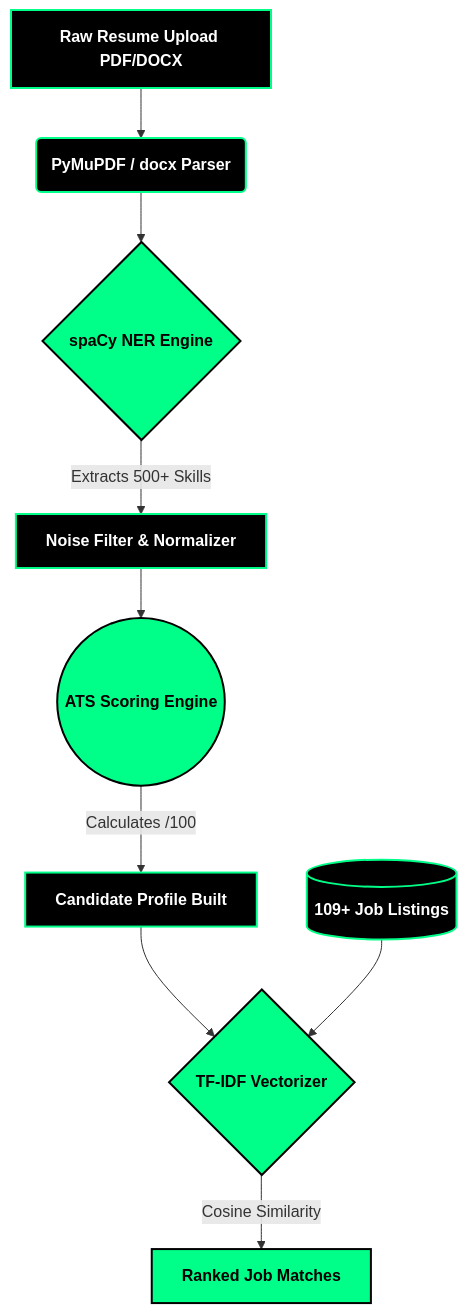
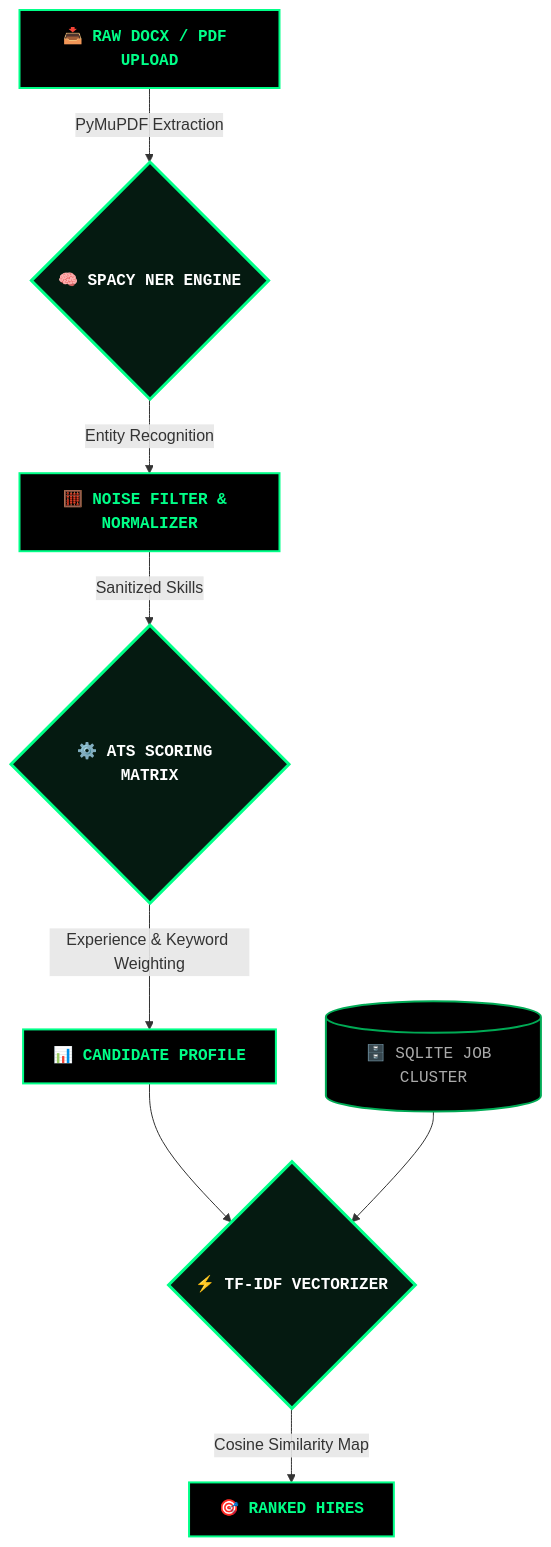
Before and after one commit to hetvi-prajapati/HireAI_Website: the diagram in README.md, drawn with Mermaid. The commit also changed other lines of this file, not shown here.

Commit message:
docs: max out BEAST MODE with cyberpunk aesthetics and ASCII art

````diff
--- a/README.md
+++ b/README.md
@@ -37,15 +52,18 @@
 ```mermaid
 graph TD
-    classDef black fill:#000000,stroke:#00FF88,stroke-width:2px,color:#FFFFFF,font-weight:bold;
-    classDef green fill:#00FF88,stroke:#000000,stroke-width:2px,color:#000000,font-weight:bold;
+    %% BEAST MODE MERMAID STYLING
+    classDef terminal fill:#000000,stroke:#00FF88,stroke-width:2px,color:#00FF88,font-family:monospace,font-weight:bold;
+    classDef core fill:#051a11,stroke:#00FF88,stroke-width:3px,color:#FFFFFF,font-family:monospace,font-weight:bold;
+    classDef db fill:#000000,stroke:#00AA55,stroke-width:2px,color:#AAAAAA,font-family:monospace;
+
+    A[📥 RAW DOCX / PDF UPLOAD]:::terminal -->|PyMuPDF Extraction| B{🧠 SPACY NER ENGINE}:::core
+    B -->|Entity Recognition| C[🧮 NOISE FILTER & NORMALIZER]:::terminal
+    C -->|Sanitized Skills| D{⚙️ ATS SCORING MATRIX}:::core
     
-    A[Raw Resume Upload PDF/DOCX]:::black --> B(PyMuPDF / docx Parser):::black
-    B --> C{spaCy NER Engine}:::green
-    C -->|Extracts 500+ Skills| D[Noise Filter & Normalizer]:::black
-    D --> E((ATS Scoring Engine)):::green
-    E -->|Calculates /100| F[Candidate Profile Built]:::black
+    D -->|Experience & Keyword Weighting| E[📊 CANDIDATE PROFILE]:::terminal
     
-    F --> G{TF-IDF Vectorizer}:::green
-    H[(109+ Job Listings)]:::black --> G
-    G -->|Cosine Similarity| I[Ranked Job Matches]:::green
+    E --> F{⚡ TF-IDF VECTORIZER}:::core
+    G[(🗄️ SQLITE JOB CLUSTER)]:::db --> F
+    
+    F -->|Cosine Similarity Map| H[🎯 RANKED HIRES]:::terminal
 ```
````
